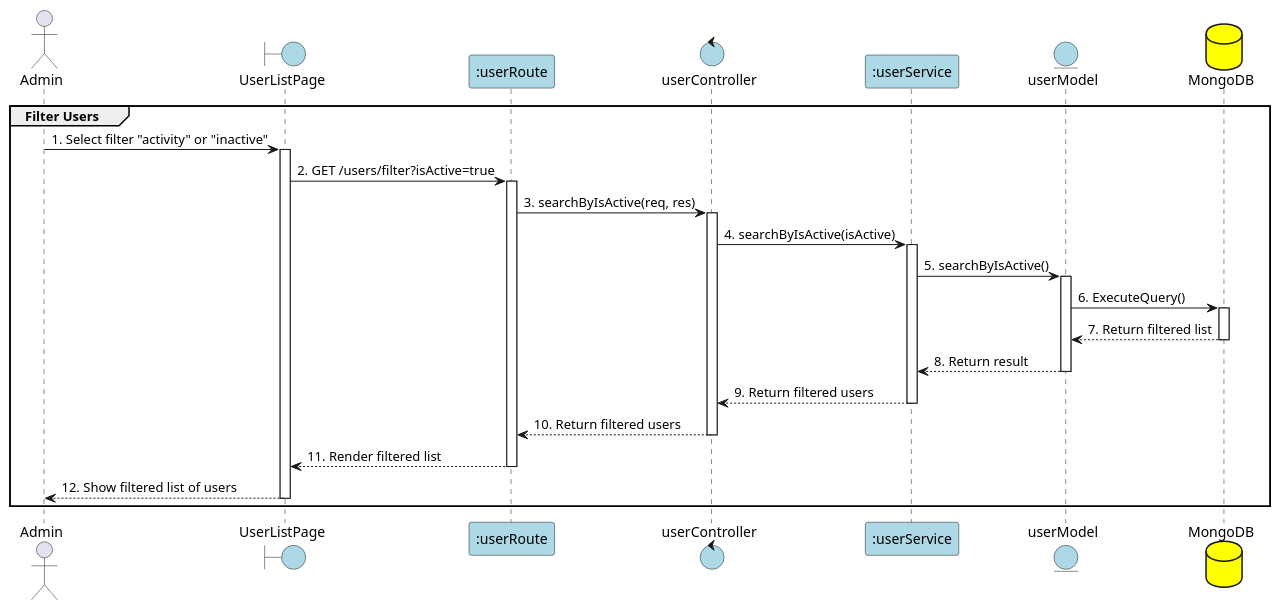
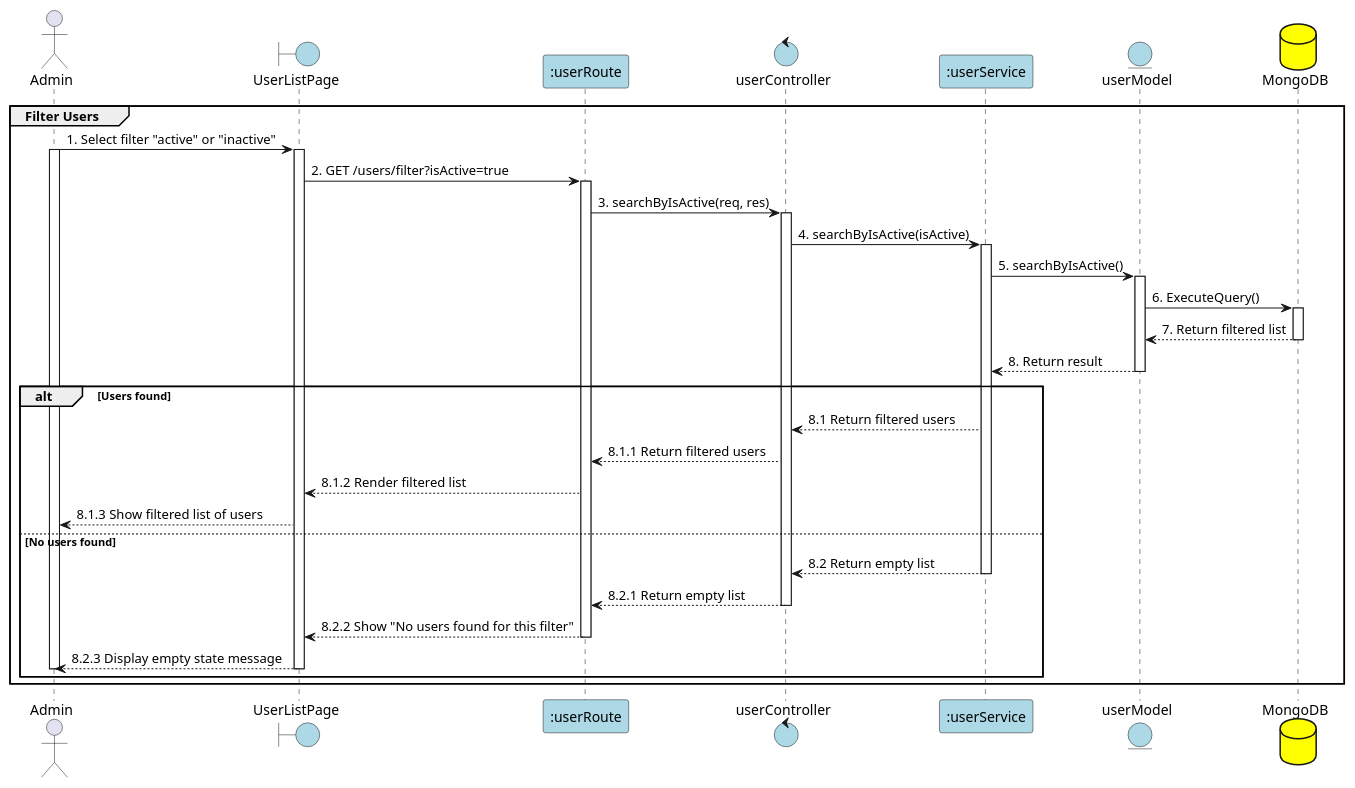
One commit to Aohkne/CaloCook changed the diagram in PlanUML/14_filterUser.puml. Above: the diagram before and after it, drawn with PlantUML. The commit also changed 4 other files, not shown here.

```diff
--- a/PlanUML/14_filterUser.puml
+++ b/PlanUML/14_filterUser.puml
@@ -1,48 +1,61 @@
 @startuml FilterUser
 
 actor Admin
 boundary "UserListPage" as View #lightblue
 participant ":userRoute" as Route #lightblue
 control "userController" as Controller #lightblue
 participant ":userService" as Service #lightblue
 entity "userModel" as Model #lightblue
 database "MongoDB" as MongoDB #yellow
 
 group Filter Users
-Admin -> View: 1. Select filter "activity" or "inactive"
+Admin -> View: 1. Select filter "active" or "inactive"
+activate Admin
 activate View
 
 View -> Route: 2. GET /users/filter?isActive=true
 activate Route
 
 Route -> Controller: 3. searchByIsActive(req, res)
 activate Controller
 
 Controller -> Service: 4. searchByIsActive(isActive)
 activate Service
 
 Service -> Model: 5. searchByIsActive()
 activate Model
 
 Model -> MongoDB: 6. ExecuteQuery()
 activate MongoDB
 MongoDB --> Model: 7. Return filtered list
 deactivate MongoDB
 
 Model --> Service: 8. Return result
 deactivate Model
 
-Service --> Controller: 9. Return filtered users
-deactivate Service
+alt Users found
+    Service --> Controller: 8.1 Return filtered users
 
-Controller --> Route: 10. Return filtered users
-deactivate Controller
+    Controller --> Route: 8.1.1 Return filtered users
 
-Route --> View: 11. Render filtered list
-deactivate Route
+    Route --> View: 8.1.2 Render filtered list
 
-View --> Admin: 12. Show filtered list of users
+    View --> Admin: 8.1.3 Show filtered list of users
 
-deactivate View
+else No users found
+    Service --> Controller: 8.2 Return empty list
+    deactivate Service
+
+    Controller --> Route: 8.2.1 Return empty list
+    deactivate Controller
+
+    Route --> View: 8.2.2 Show "No users found for this filter"
+    deactivate Route
+
+    View --> Admin: 8.2.3 Display empty state message
+    deactivate View
+    deactivate Admin
+end
+
 end
 @enduml
```
